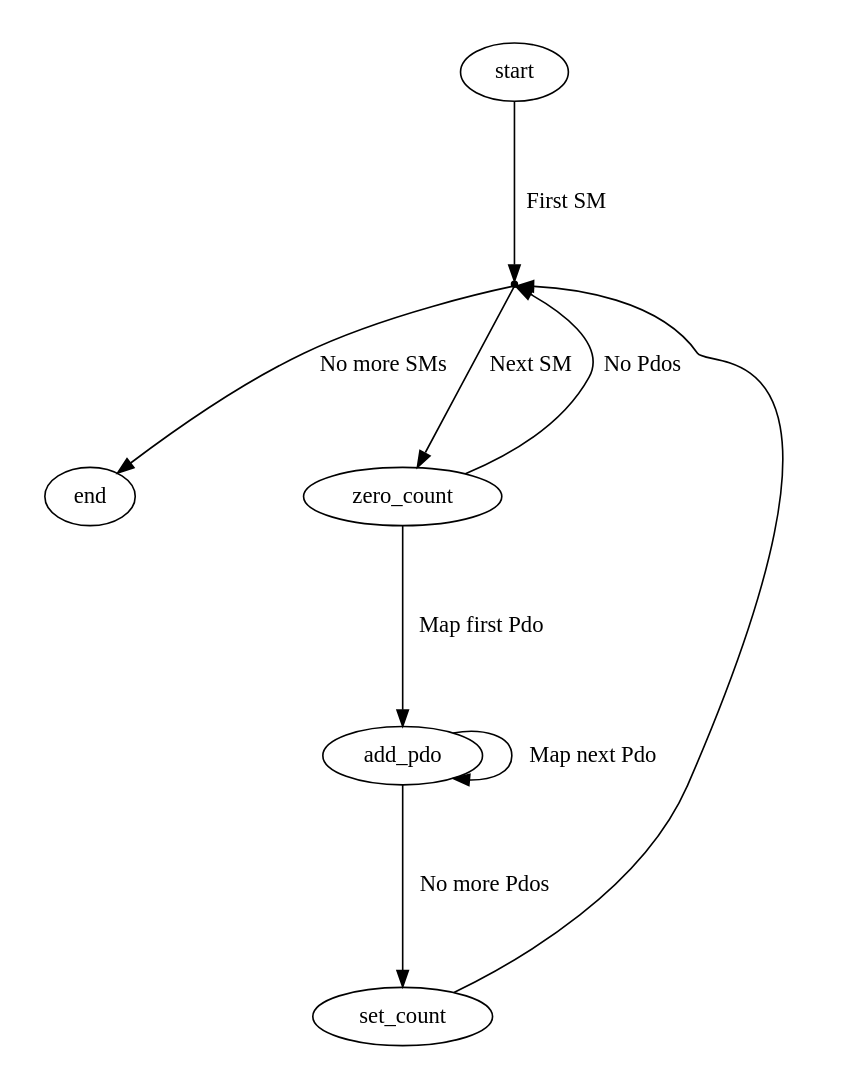
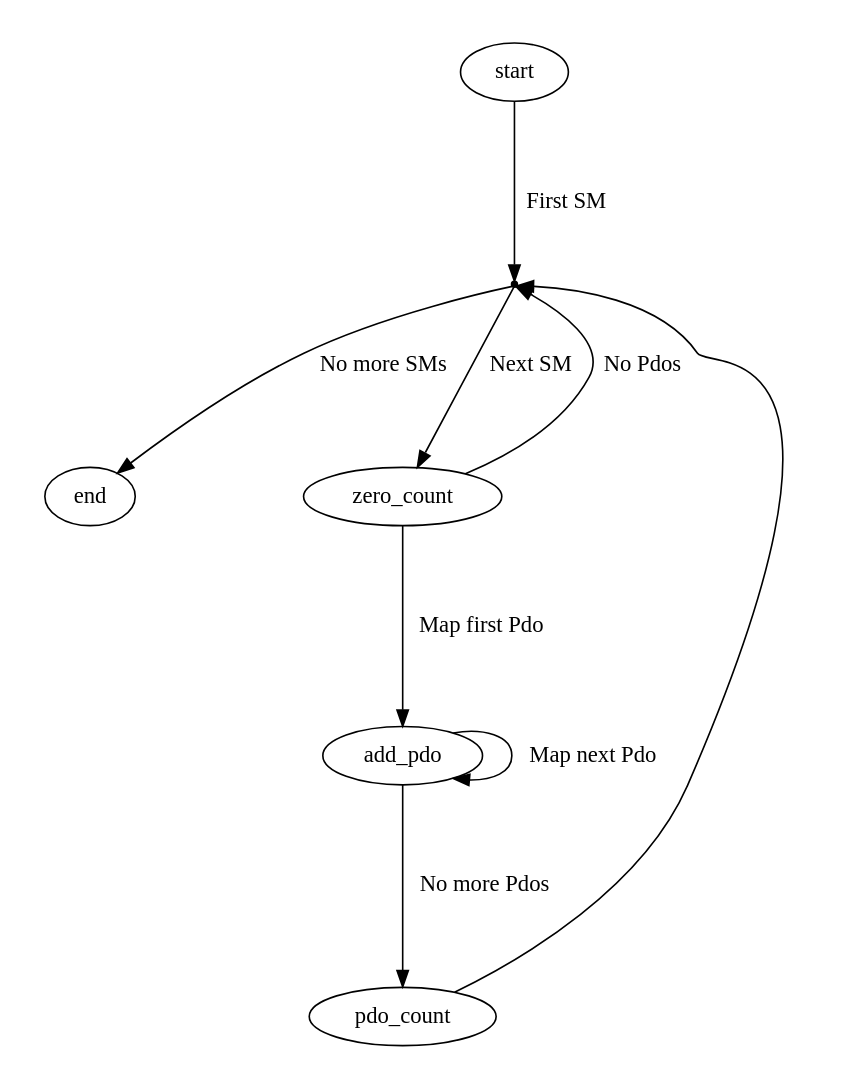
Before and after one commit to ribalda/ethercat: the diagram in documentation/graphs/fsm_pdo_mapping.dot, drawn with Graphviz.

Commit message:
Corrected state names.

```diff
--- a/documentation/graphs/fsm_pdo_mapping.dot
+++ b/documentation/graphs/fsm_pdo_mapping.dot
@@ -1,19 +1,19 @@
 
 /* $Id$ */
 
 digraph pdomapping {
     size="7,9"
     center=1
 	ratio=fill
 
-    next [shape=point,label=""]
+    next_sync [shape=point,label=""]
 
-    start -> next [label="First SM"]
-    next -> end [label="No more SMs"]
-    next -> zero_count [label="Next SM"]
-    zero_count -> next [label="No Pdos"]
+    start -> next_sync [label="First SM"]
+    next_sync -> end [label="No more SMs"]
+    next_sync -> zero_count [label="Next SM"]
+    zero_count -> next_sync [label="No Pdos"]
     zero_count -> add_pdo [label="Map first Pdo", weight=5]
     add_pdo -> add_pdo [label="Map next Pdo"]
-    add_pdo -> set_count [label="No more Pdos", weight=5]
-    set_count -> next
+    add_pdo -> pdo_count [label="No more Pdos", weight=5]
+    pdo_count -> next_sync
 }
```
